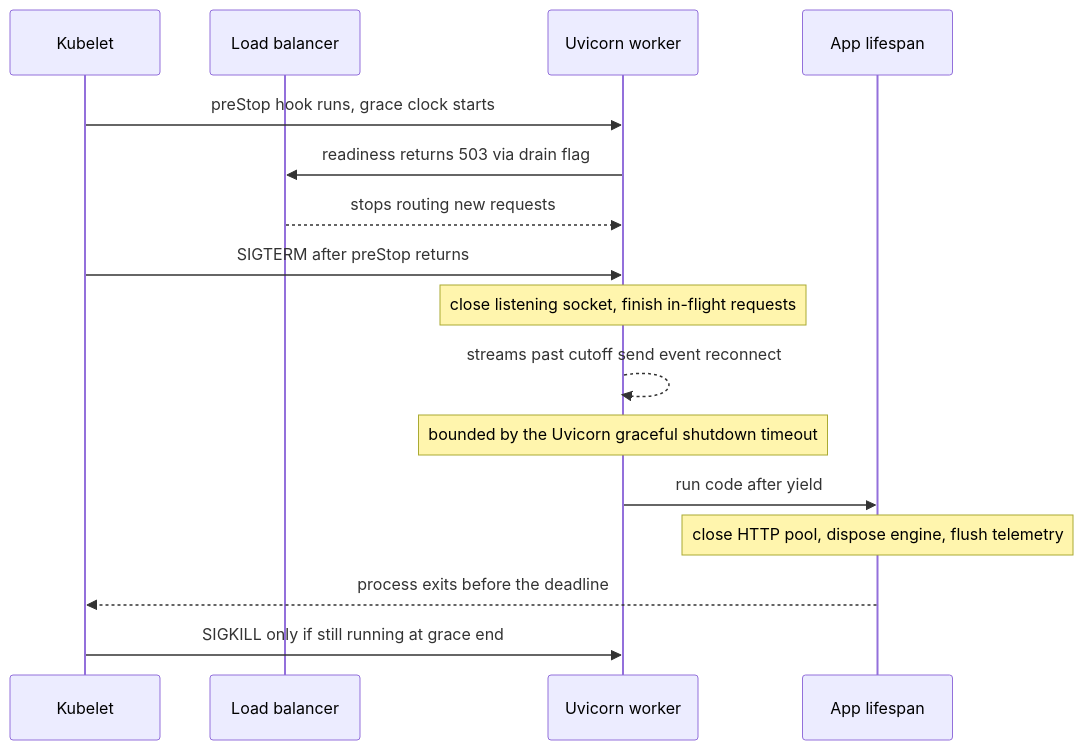
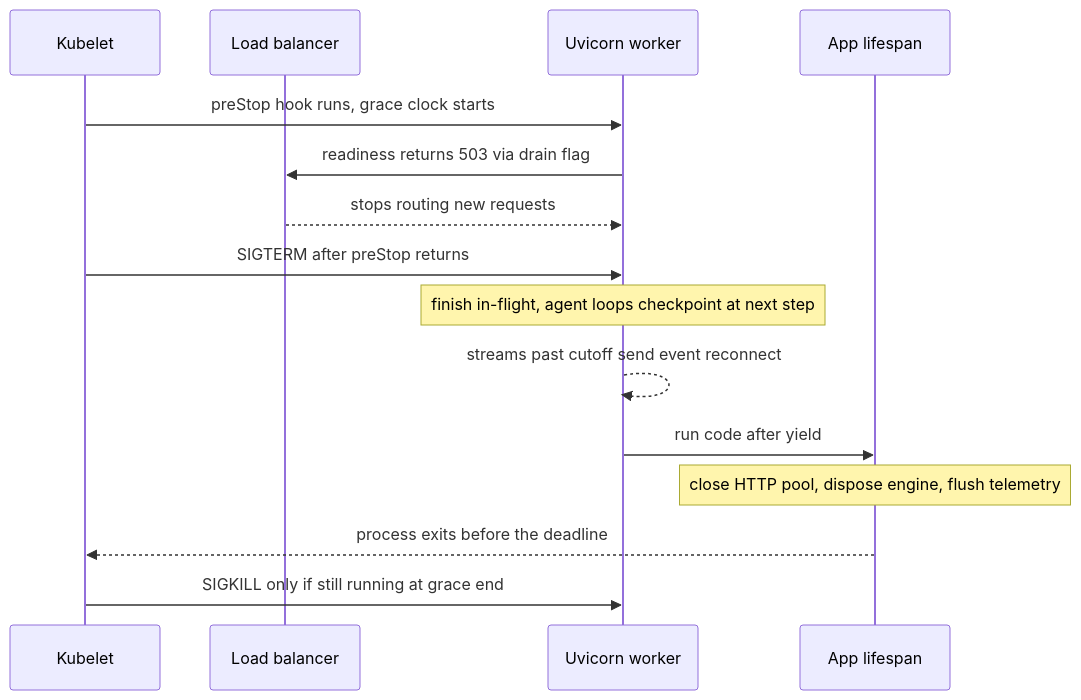
One commit to lovishmahajan97/agentic-learning changed the diagram in content/fastapi-for-ai/graceful-shutdown-and-worker-draining.md. Above: the diagram before and after it, drawn with Mermaid. The commit also changed other lines of this file and 266 other files, not shown here.

````diff
--- a/content/fastapi-for-ai/graceful-shutdown-and-worker-draining.md
+++ b/content/fastapi-for-ai/graceful-shutdown-and-worker-draining.md
@@ -113,18 +137,17 @@
 ```mermaid
 sequenceDiagram
     participant K as Kubelet
     participant LB as Load balancer
     participant U as Uvicorn worker
     participant A as App lifespan
     K->>U: preStop hook runs, grace clock starts
     U->>LB: readiness returns 503 via drain flag
     LB-->>U: stops routing new requests
     K->>U: SIGTERM after preStop returns
-    Note over U: close listening socket, finish in-flight requests
+    Note over U: finish in-flight, agent loops checkpoint at next step
     U-->>U: streams past cutoff send event reconnect
-    Note over U: bounded by the Uvicorn graceful shutdown timeout
     U->>A: run code after yield
     Note over A: close HTTP pool, dispose engine, flush telemetry
     A-->>K: process exits before the deadline
     K->>U: SIGKILL only if still running at grace end
 ```
````
